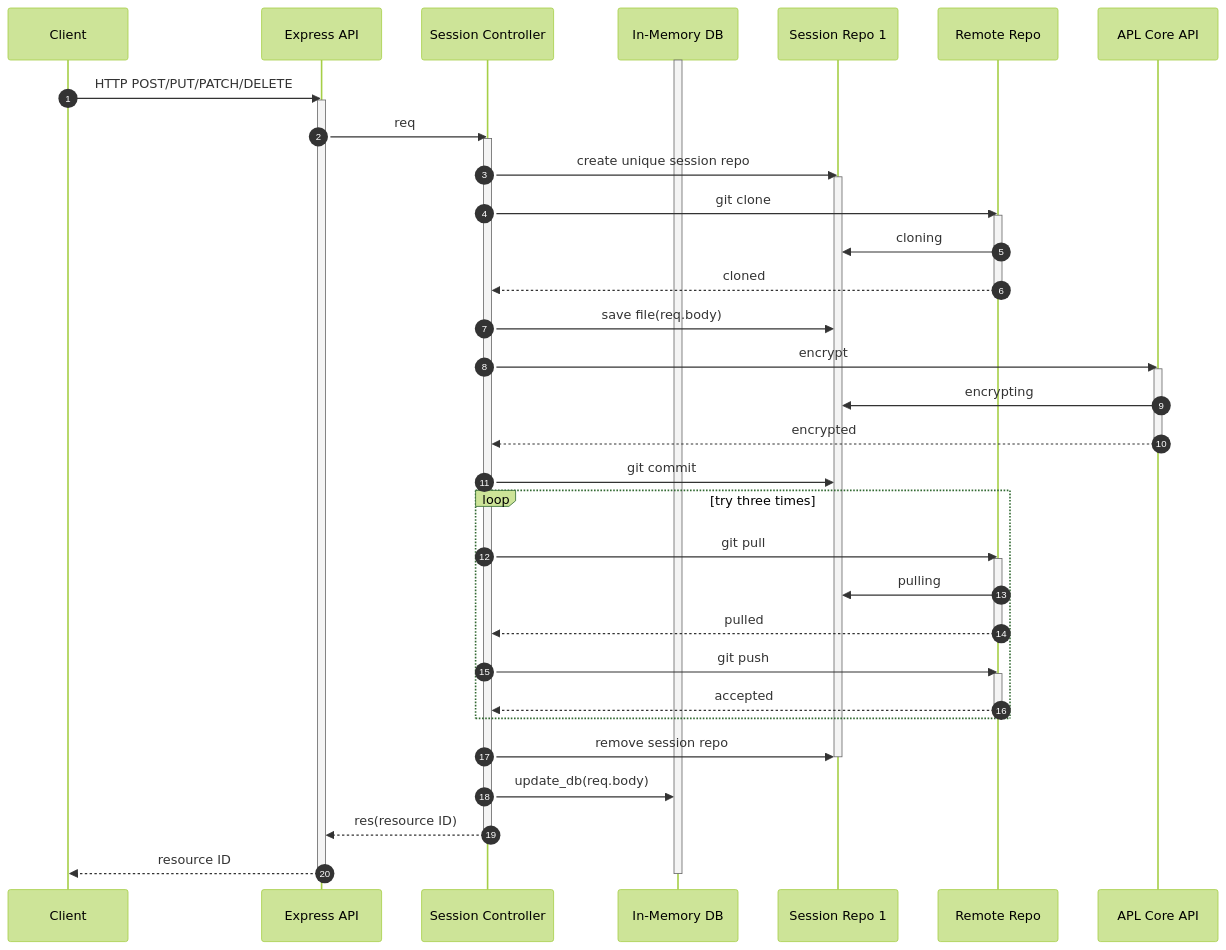
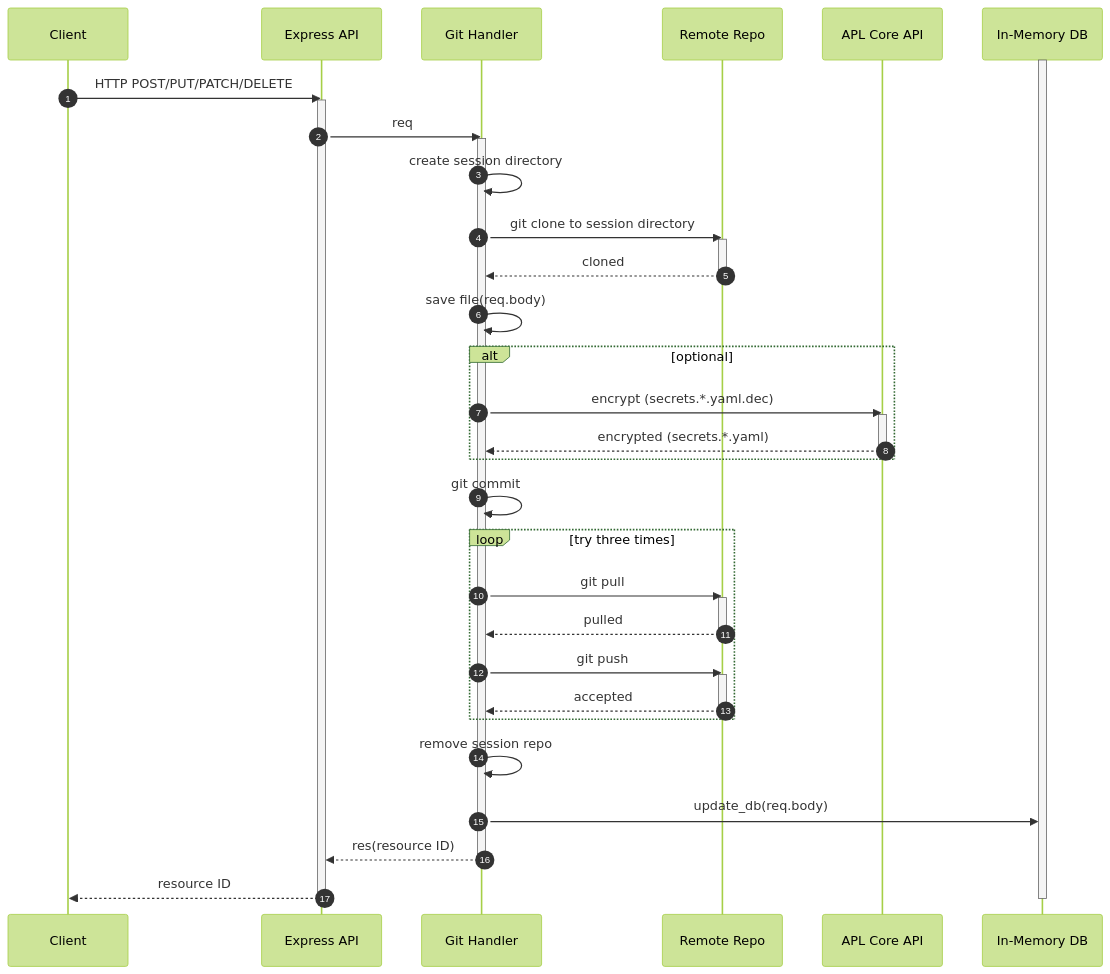
One commit to linode/apl-api changed the fourth of 4 diagrams in docs/gitops.md. Above: the diagram before and after it, drawn with Mermaid (forest theme).

Commit message:
docs: rework after talk with Matthias

````diff
--- a/docs/gitops.md
+++ b/docs/gitops.md
@@ -154,51 +154,48 @@
 ```mermaid
 sequenceDiagram
     autonumber
     participant Client as Client
     participant API as Express API
-    participant SC as Session Controller
-    participant IMDB as In-Memory DB
-    participant SR as Session Repo 1
+    participant SC as Git Handler
     participant RR as Remote Repo
     participant ACA as APL Core API
-
+    participant IMDB as In-Memory DB
     activate IMDB
     Client->>API: HTTP POST/PUT/PATCH/DELETE
     activate API
     API->>SC: req
     activate SC
-    SC->>SR: create unique session repo
-    activate SR
-    SC->>RR: git clone
+    SC->>SC: create session directory
+    SC->>RR: git clone to session directory
     activate RR
-    RR->>SR: cloning
     RR-->>SC: cloned
+
     deactivate RR
-    SC->>SR: save file(req.body)
-    SC->>ACA: encrypt
+    SC->>SC: save file(req.body)
+    alt optional
+    SC->>ACA: encrypt (secrets.*.yaml.dec)
     activate ACA
-    ACA->>SR: encrypting
-    ACA-->>SC: encrypted
+    ACA-->>SC: encrypted (secrets.*.yaml)
     deactivate ACA
-    SC->>SR: git commit
+    end
+    SC->>SC: git commit
     loop try three times
     SC->>RR: git pull
     activate RR
-    RR->>SR: pulling
+
     RR-->>SC: pulled
     deactivate RR
     SC->>RR: git push
     activate RR
     RR-->>SC: accepted
     deactivate RR
     end
-    SC->>SR: remove session repo
-    deactivate SR
+    SC->>SC: remove session repo
     SC->>IMDB: update_db(req.body)
 
     SC-->>API: res(resource ID)
     deactivate SC
     API-->>Client: resource ID
     deactivate API
     deactivate IMDB
 ```
````
